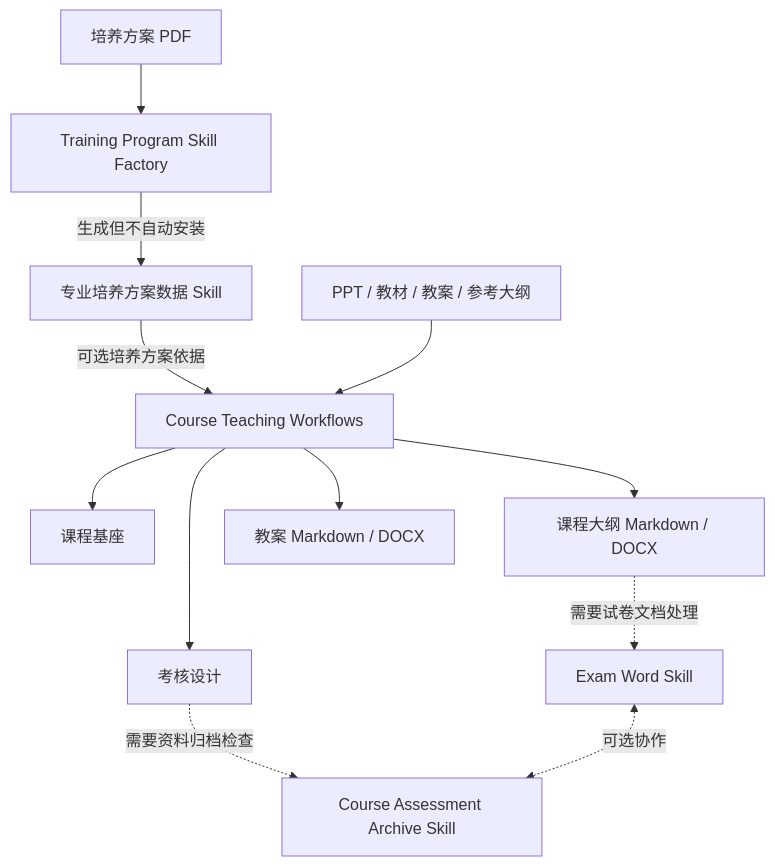
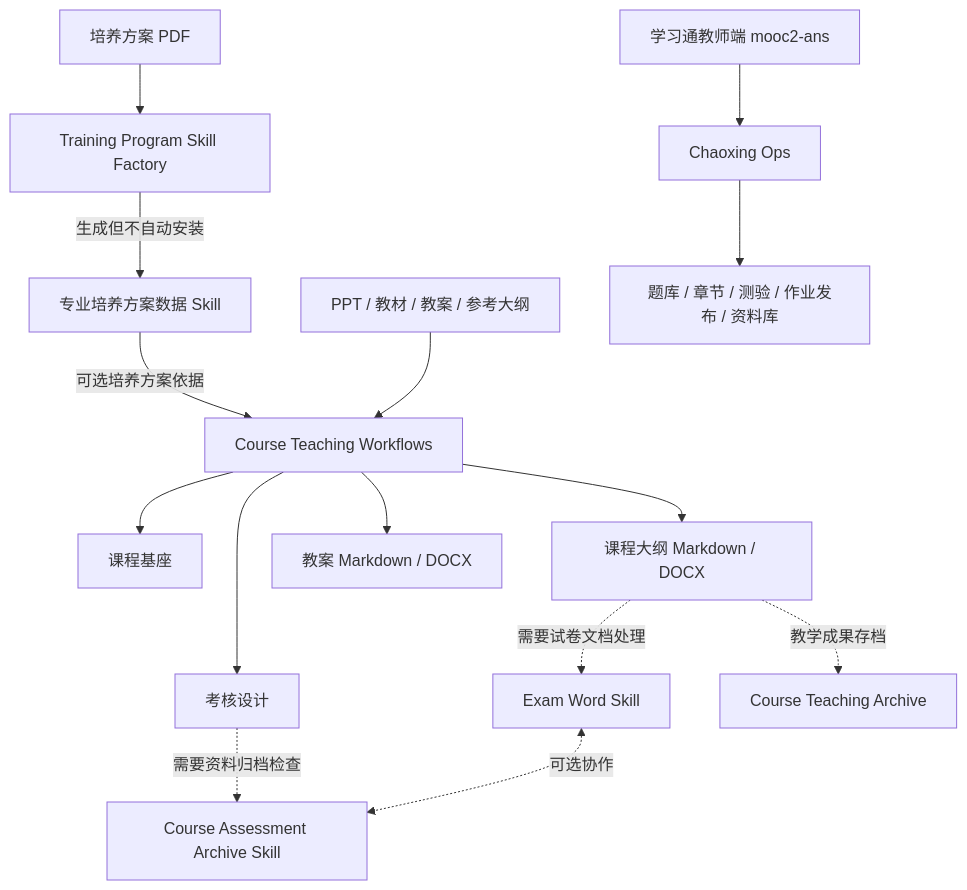
Before and after one commit to Teaching-Works-Lab/.github: the diagram in profile/README.md, drawn with Mermaid. The commit also changed other lines of this file, not shown here.

Commit message:
docs: 组织 Overview 收录 chaoxing-ops、course-teaching-archive 及各专业培养方案数据 Skill

````diff
--- a/profile/README.md
+++ b/profile/README.md
@@ -20,14 +23,17 @@
 ```mermaid
 flowchart TD
     A[培养方案 PDF] --> B[Training Program Skill Factory]
     B -->|生成但不自动安装| C[专业培养方案数据 Skill]
     C -->|可选培养方案依据| D[Course Teaching Workflows]
     E[PPT / 教材 / 教案 / 参考大纲] --> D
     D --> F[课程基座]
     D --> G[考核设计]
     D --> H[课程大纲 Markdown / DOCX]
     D --> K[教案 Markdown / DOCX]
     H -.需要试卷文档处理.-> I[Exam Word Skill]
     G -.需要资料归档检查.-> J[Course Assessment Archive Skill]
     I <-.可选协作.-> J
+    H -.教学成果存档.-> L[Course Teaching Archive]
+    M[学习通教师端 mooc2-ans] --> N[Chaoxing Ops]
+    N --> O[题库 / 章节 / 测验 / 作业发布 / 资料库]
 ```
````
